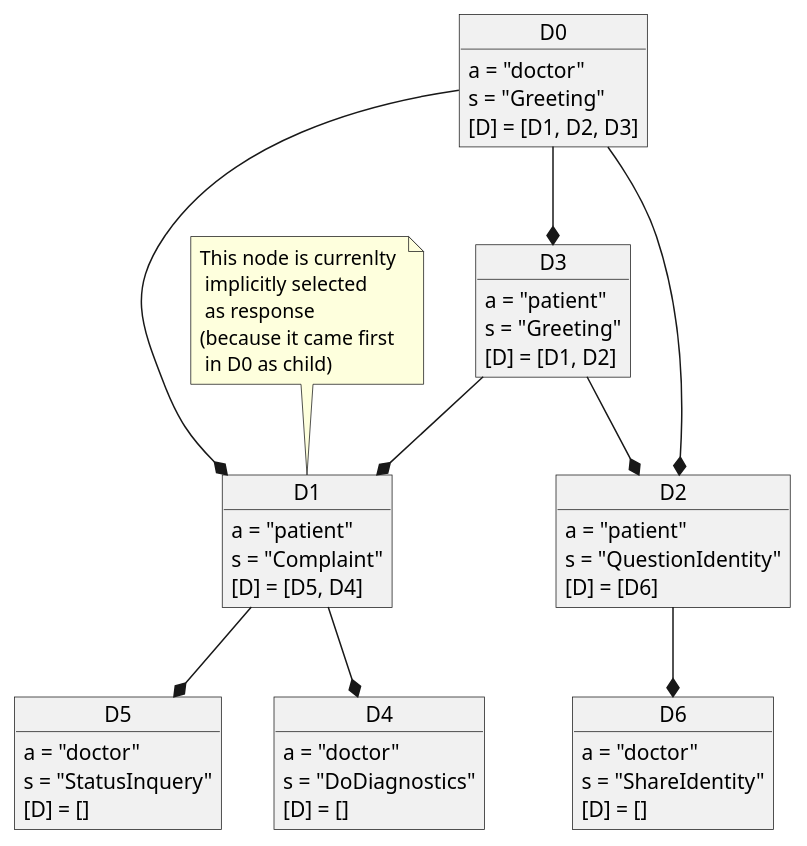
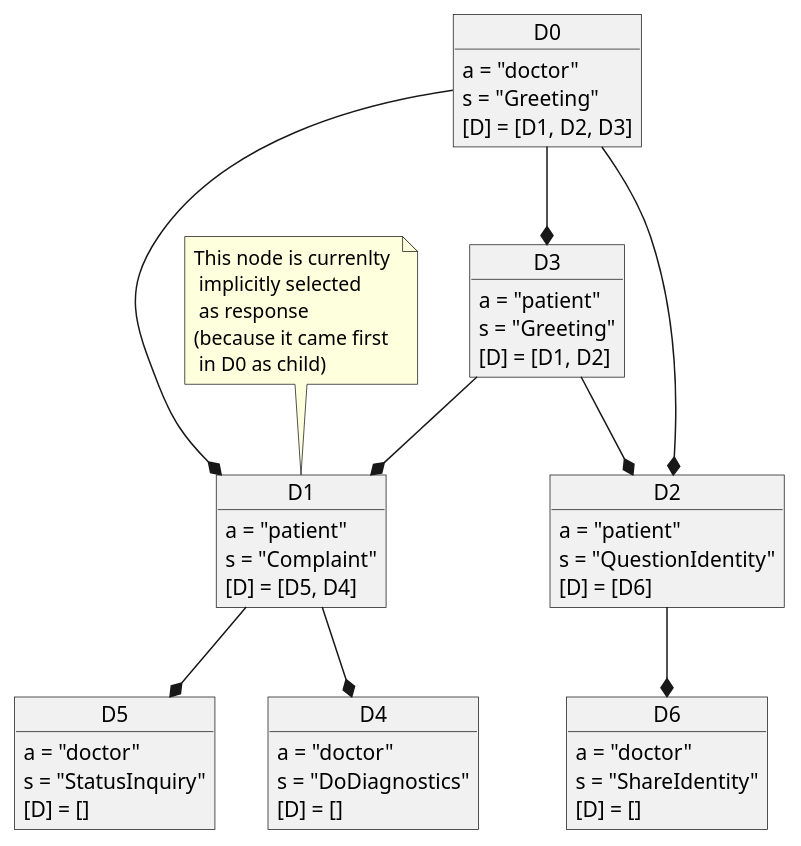
Before and after one commit to jappeace/methods-homework: the seventh of 11 diagrams in thesis/thesis.org, drawn with PlantUML. The commit also changed other lines of this file, not shown here.

```diff
--- a/thesis/thesis.org
+++ b/thesis/thesis.org
@@ -1931,47 +1931,47 @@
 #+BEGIN_SRC plantuml :cache yes :file img/uml/dialoguetree.png :exports results
 object D0{
 a = "doctor"
 s = "Greeting"
 [D] = [D1, D2, D3]
 }
 object D1 {
 a = "patient"
 s = "Complaint"
 [D] = [D5, D4]
 }
 object D2 {
 a = "patient"
 s = "QuestionIdentity"
 [D] = [D6]
 }
 object D3{
 a = "patient"
 s = "Greeting"
 [D] = [D1, D2]
 }
 object D5{
 a = "doctor"
-s = "StatusInquery"
+s = "StatusInquiry"
 [D] = []
 }
 object D4{
 a = "doctor"
 s = "DoDiagnostics"
 [D] = []
 }
 object D6{
 a = "doctor"
 s = "ShareIdentity"
 [D] = []
 }
 D0 --* D1
 D0 --* D2
 D0 --* D3
 D1 --* D4
 D1 --* D5
 D2 --* D6
 D3 --* D1
 D3 --* D2
 note "This node is currenlty \n implicitly selected \n as response \n(because it came first \n in D0 as child)" as response
 response .. D1
 #+END_SRC
```
